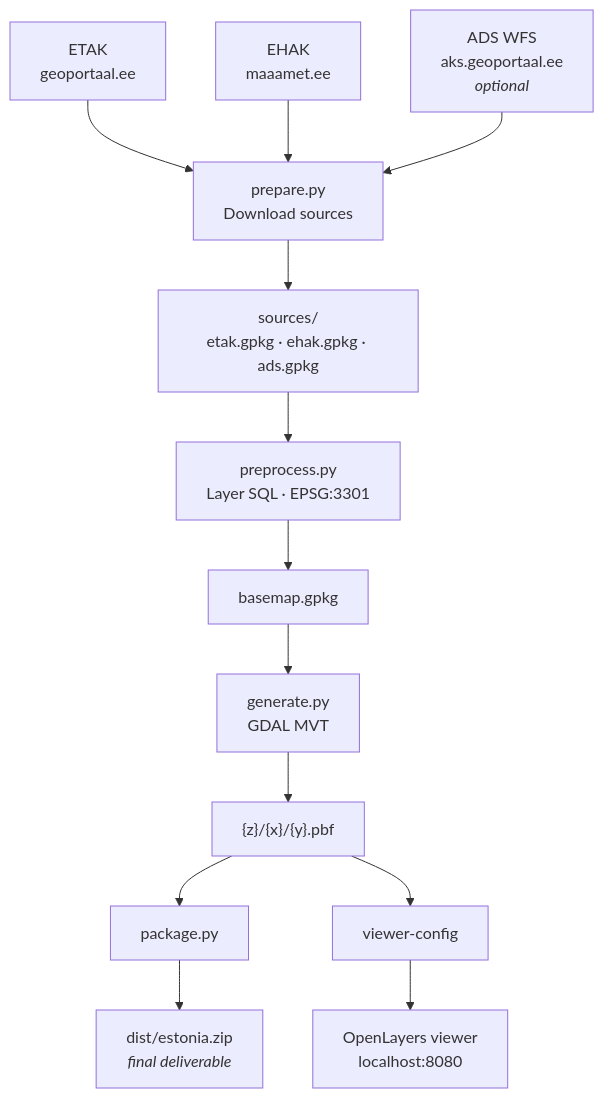
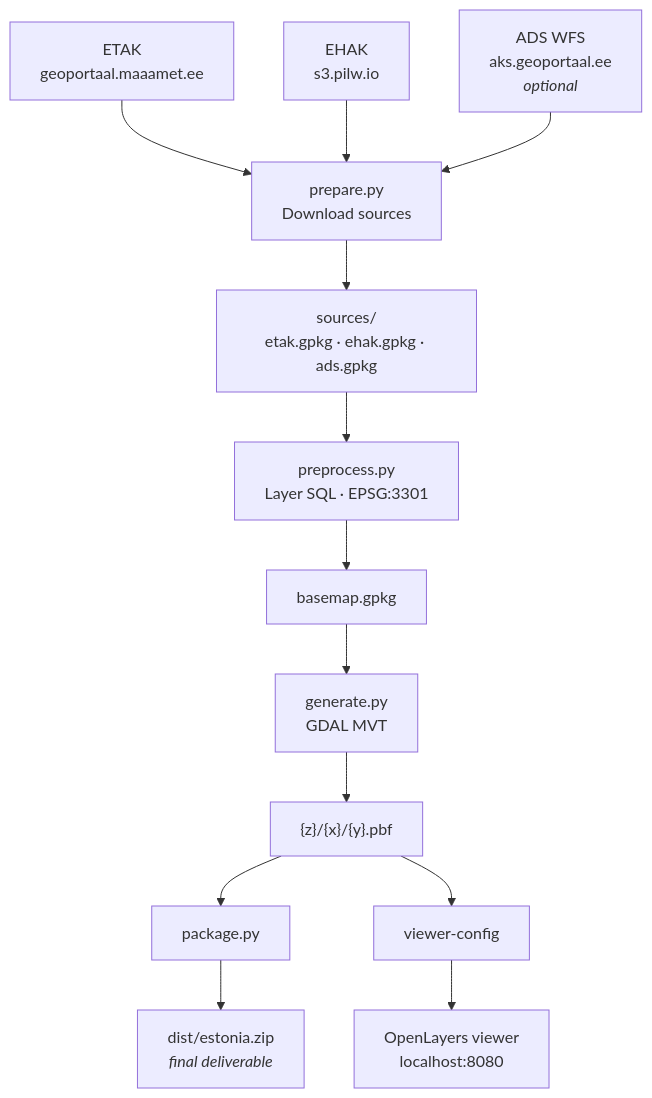
The diagram in README.md (sanderpukk/vectortile_3301), drawn with Mermaid before and after one commit.

````diff
--- a/README.md
+++ b/README.md
@@ -12,15 +12,19 @@
 ```mermaid
 flowchart TD
-    etak["ETAK<br>geoportaal.ee"] --> prepare["prepare.py<br>Download sources"]
-    ehak["EHAK<br>maaamet.ee"] --> prepare
+    etak["ETAK<br>geoportaal.maaamet.ee"] --> prepare["prepare.py<br>Download sources"]
+    ehak["EHAK<br>s3.pilw.io"] --> prepare
     ads["ADS WFS<br>aks.geoportaal.ee<br><i>optional</i>"] --> prepare
     prepare --> sources["sources/<br>etak.gpkg · ehak.gpkg · ads.gpkg"]
     sources --> preprocess["preprocess.py<br>Layer SQL · EPSG:3301"]
     preprocess --> basemap["basemap.gpkg"]
     basemap --> generate["generate.py<br>GDAL MVT"]
     generate --> pbf["{z}/{x}/{y}.pbf"]
     pbf --> package["package.py"]
     pbf --> viewercfg["viewer-config"]
     package --> zip["dist/estonia.zip<br><i>final deliverable</i>"]
     viewercfg --> viewer["OpenLayers viewer<br>localhost:8080"]
+
+    click etak "https://geoportaal.maaamet.ee/index.php?lang_id=2&plugin_act=otsing&andmetyyp=ETAK&dl=1&f=ETAK_EESTI_GPKG.zip&page_id=618" _blank
+    click ehak "https://geoportaal.maaamet.ee/est/Ruumiandmed/Haldus-ja-asustusjaotus-p119.html" _blank
+    click ads "https://aks.geoportaal.ee/aks-ogc" _blank
 ```
````
